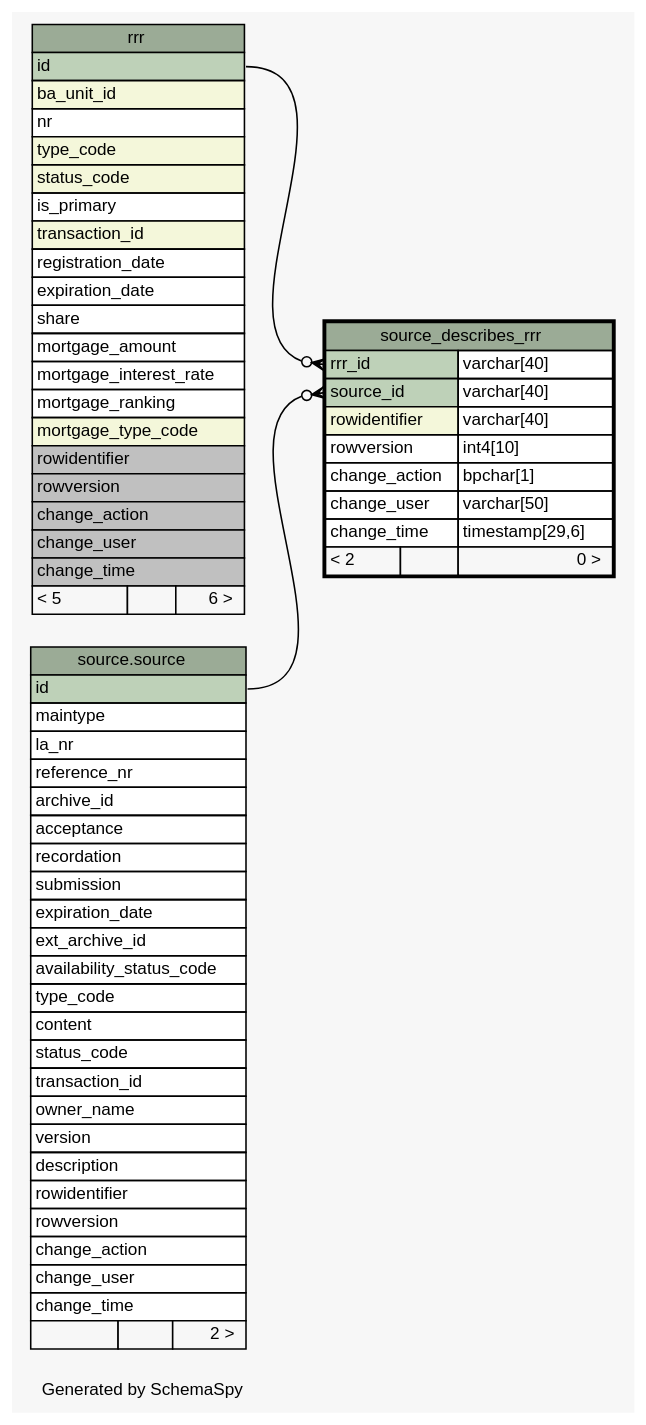
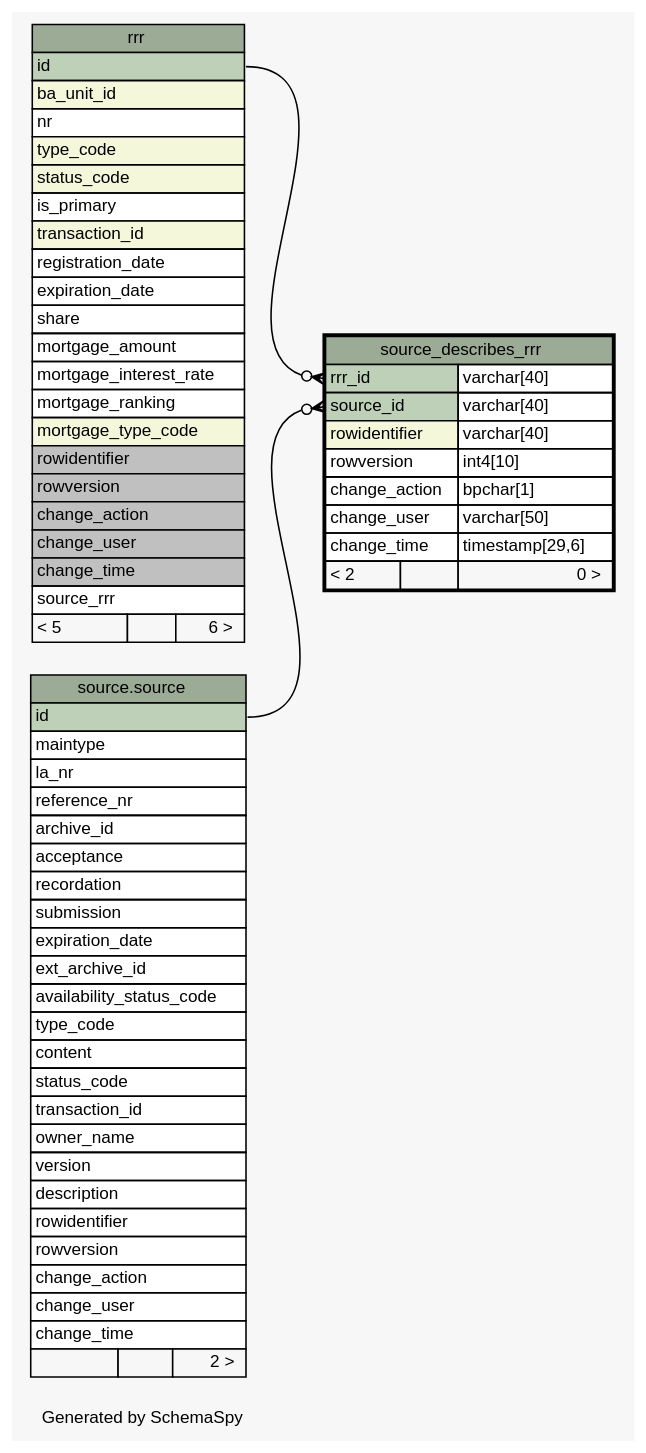
Before and after one commit to SOLA-SAMOA/database: the diagram in doc/administrative/diagrams/source_describes_rrr.1degree.dot, drawn with Graphviz. The commit also changed 326 other files, not shown here.

Commit message:
Updated database schema and data

```diff
--- a/doc/administrative/diagrams/source_describes_rrr.1degree.dot
+++ b/doc/administrative/diagrams/source_describes_rrr.1degree.dot
@@ -1,100 +1,101 @@
 // dot 2.36.0 on Windows 7 6.1
 // SchemaSpy rev 590
 digraph "oneDegreeRelationshipsDiagram" {
   graph [
     rankdir="RL"
     bgcolor="#f7f7f7"
     label="\nGenerated by SchemaSpy"
     labeljust="l"
     nodesep="0.18"
     ranksep="0.46"
     fontname="Helvetica"
     fontsize="11"
   ];
   node [
     fontname="Helvetica"
     fontsize="11"
     shape="plaintext"
   ];
   edge [
     arrowsize="0.8"
   ];
   "source_describes_rrr":"rrr_id":w -> "rrr":"id":e [arrowhead=none dir=back arrowtail=crowodot];
   "source_describes_rrr":"source_id":w -> "source.source":"id":e [arrowhead=none dir=back arrowtail=crowodot];
   "rrr" [
     label=<
     <TABLE BORDER="0" CELLBORDER="1" CELLSPACING="0" BGCOLOR="#ffffff">
       <TR><TD COLSPAN="3" BGCOLOR="#9bab96" ALIGN="CENTER">rrr</TD></TR>
       <TR><TD PORT="id" COLSPAN="3" BGCOLOR="#bed1b8" ALIGN="LEFT">id</TD></TR>
       <TR><TD PORT="ba_unit_id" COLSPAN="3" BGCOLOR="#f4f7da" ALIGN="LEFT">ba_unit_id</TD></TR>
       <TR><TD PORT="nr" COLSPAN="3" ALIGN="LEFT">nr</TD></TR>
       <TR><TD PORT="type_code" COLSPAN="3" BGCOLOR="#f4f7da" ALIGN="LEFT">type_code</TD></TR>
       <TR><TD PORT="status_code" COLSPAN="3" BGCOLOR="#f4f7da" ALIGN="LEFT">status_code</TD></TR>
       <TR><TD PORT="is_primary" COLSPAN="3" ALIGN="LEFT">is_primary</TD></TR>
       <TR><TD PORT="transaction_id" COLSPAN="3" BGCOLOR="#f4f7da" ALIGN="LEFT">transaction_id</TD></TR>
       <TR><TD PORT="registration_date" COLSPAN="3" ALIGN="LEFT">registration_date</TD></TR>
       <TR><TD PORT="expiration_date" COLSPAN="3" ALIGN="LEFT">expiration_date</TD></TR>
       <TR><TD PORT="share" COLSPAN="3" ALIGN="LEFT">share</TD></TR>
       <TR><TD PORT="mortgage_amount" COLSPAN="3" ALIGN="LEFT">mortgage_amount</TD></TR>
       <TR><TD PORT="mortgage_interest_rate" COLSPAN="3" ALIGN="LEFT">mortgage_interest_rate</TD></TR>
       <TR><TD PORT="mortgage_ranking" COLSPAN="3" ALIGN="LEFT">mortgage_ranking</TD></TR>
       <TR><TD PORT="mortgage_type_code" COLSPAN="3" BGCOLOR="#f4f7da" ALIGN="LEFT">mortgage_type_code</TD></TR>
       <TR><TD PORT="rowidentifier" COLSPAN="3" BGCOLOR="#c0c0c0" ALIGN="LEFT">rowidentifier</TD></TR>
       <TR><TD PORT="rowversion" COLSPAN="3" BGCOLOR="#c0c0c0" ALIGN="LEFT">rowversion</TD></TR>
       <TR><TD PORT="change_action" COLSPAN="3" BGCOLOR="#c0c0c0" ALIGN="LEFT">change_action</TD></TR>
       <TR><TD PORT="change_user" COLSPAN="3" BGCOLOR="#c0c0c0" ALIGN="LEFT">change_user</TD></TR>
       <TR><TD PORT="change_time" COLSPAN="3" BGCOLOR="#c0c0c0" ALIGN="LEFT">change_time</TD></TR>
+      <TR><TD PORT="source_rrr" COLSPAN="3" ALIGN="LEFT">source_rrr</TD></TR>
       <TR><TD ALIGN="LEFT" BGCOLOR="#f7f7f7">&lt; 5</TD><TD ALIGN="RIGHT" BGCOLOR="#f7f7f7">  </TD><TD ALIGN="RIGHT" BGCOLOR="#f7f7f7">6 &gt;</TD></TR>
     </TABLE>>
     URL="rrr.html"
     tooltip="rrr"
   ];
   "source.source" [
     label=<
     <TABLE BORDER="0" CELLBORDER="1" CELLSPACING="0" BGCOLOR="#ffffff">
       <TR><TD COLSPAN="3" BGCOLOR="#9bab96" ALIGN="CENTER">source.source</TD></TR>
       <TR><TD PORT="id" COLSPAN="3" BGCOLOR="#bed1b8" ALIGN="LEFT">id</TD></TR>
       <TR><TD PORT="maintype" COLSPAN="3" ALIGN="LEFT">maintype</TD></TR>
       <TR><TD PORT="la_nr" COLSPAN="3" ALIGN="LEFT">la_nr</TD></TR>
       <TR><TD PORT="reference_nr" COLSPAN="3" ALIGN="LEFT">reference_nr</TD></TR>
       <TR><TD PORT="archive_id" COLSPAN="3" ALIGN="LEFT">archive_id</TD></TR>
       <TR><TD PORT="acceptance" COLSPAN="3" ALIGN="LEFT">acceptance</TD></TR>
       <TR><TD PORT="recordation" COLSPAN="3" ALIGN="LEFT">recordation</TD></TR>
       <TR><TD PORT="submission" COLSPAN="3" ALIGN="LEFT">submission</TD></TR>
       <TR><TD PORT="expiration_date" COLSPAN="3" ALIGN="LEFT">expiration_date</TD></TR>
       <TR><TD PORT="ext_archive_id" COLSPAN="3" ALIGN="LEFT">ext_archive_id</TD></TR>
       <TR><TD PORT="availability_status_code" COLSPAN="3" ALIGN="LEFT">availability_status_code</TD></TR>
       <TR><TD PORT="type_code" COLSPAN="3" ALIGN="LEFT">type_code</TD></TR>
       <TR><TD PORT="content" COLSPAN="3" ALIGN="LEFT">content</TD></TR>
       <TR><TD PORT="status_code" COLSPAN="3" ALIGN="LEFT">status_code</TD></TR>
       <TR><TD PORT="transaction_id" COLSPAN="3" ALIGN="LEFT">transaction_id</TD></TR>
       <TR><TD PORT="owner_name" COLSPAN="3" ALIGN="LEFT">owner_name</TD></TR>
       <TR><TD PORT="version" COLSPAN="3" ALIGN="LEFT">version</TD></TR>
       <TR><TD PORT="description" COLSPAN="3" ALIGN="LEFT">description</TD></TR>
       <TR><TD PORT="rowidentifier" COLSPAN="3" ALIGN="LEFT">rowidentifier</TD></TR>
       <TR><TD PORT="rowversion" COLSPAN="3" ALIGN="LEFT">rowversion</TD></TR>
       <TR><TD PORT="change_action" COLSPAN="3" ALIGN="LEFT">change_action</TD></TR>
       <TR><TD PORT="change_user" COLSPAN="3" ALIGN="LEFT">change_user</TD></TR>
       <TR><TD PORT="change_time" COLSPAN="3" ALIGN="LEFT">change_time</TD></TR>
       <TR><TD ALIGN="LEFT" BGCOLOR="#f7f7f7">  </TD><TD ALIGN="RIGHT" BGCOLOR="#f7f7f7">  </TD><TD ALIGN="RIGHT" BGCOLOR="#f7f7f7">2 &gt;</TD></TR>
     </TABLE>>
     URL="../../source/tables/source.html"
     tooltip="source.source"
   ];
   "source_describes_rrr" [
     label=<
     <TABLE BORDER="2" CELLBORDER="1" CELLSPACING="0" BGCOLOR="#ffffff">
       <TR><TD COLSPAN="3" BGCOLOR="#9bab96" ALIGN="CENTER">source_describes_rrr</TD></TR>
       <TR><TD PORT="rrr_id" COLSPAN="2" BGCOLOR="#bed1b8" ALIGN="LEFT">rrr_id</TD><TD PORT="rrr_id.type" ALIGN="LEFT">varchar[40]</TD></TR>
       <TR><TD PORT="source_id" COLSPAN="2" BGCOLOR="#bed1b8" ALIGN="LEFT">source_id</TD><TD PORT="source_id.type" ALIGN="LEFT">varchar[40]</TD></TR>
       <TR><TD PORT="rowidentifier" COLSPAN="2" BGCOLOR="#f4f7da" ALIGN="LEFT">rowidentifier</TD><TD PORT="rowidentifier.type" ALIGN="LEFT">varchar[40]</TD></TR>
       <TR><TD PORT="rowversion" COLSPAN="2" ALIGN="LEFT">rowversion</TD><TD PORT="rowversion.type" ALIGN="LEFT">int4[10]</TD></TR>
       <TR><TD PORT="change_action" COLSPAN="2" ALIGN="LEFT">change_action</TD><TD PORT="change_action.type" ALIGN="LEFT">bpchar[1]</TD></TR>
       <TR><TD PORT="change_user" COLSPAN="2" ALIGN="LEFT">change_user</TD><TD PORT="change_user.type" ALIGN="LEFT">varchar[50]</TD></TR>
       <TR><TD PORT="change_time" COLSPAN="2" ALIGN="LEFT">change_time</TD><TD PORT="change_time.type" ALIGN="LEFT">timestamp[29,6]</TD></TR>
       <TR><TD ALIGN="LEFT" BGCOLOR="#f7f7f7">&lt; 2</TD><TD ALIGN="RIGHT" BGCOLOR="#f7f7f7">  </TD><TD ALIGN="RIGHT" BGCOLOR="#f7f7f7">0 &gt;</TD></TR>
     </TABLE>>
     URL="source_describes_rrr.html"
     tooltip="source_describes_rrr"
   ];
 }
```
